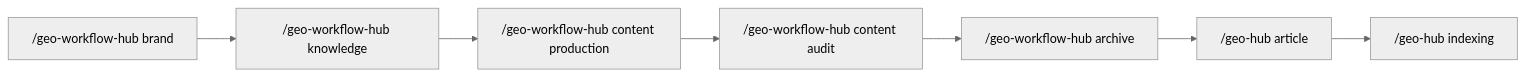
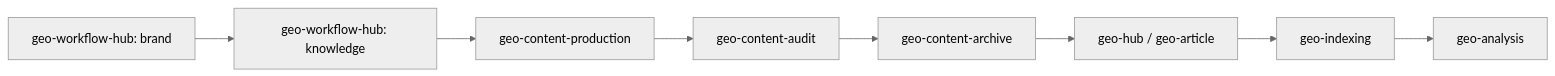
The diagram in README.md (chenshuke/geo-skills), drawn with Mermaid (neutral theme) before and after one commit. The commit also changed other lines of this file and 31 other files, not shown here.

````diff
--- a/README.md
+++ b/README.md
@@ -9,9 +127,10 @@
 ```mermaid
 graph LR
-    A["/geo-workflow-hub brand"] --> B["/geo-workflow-hub knowledge"]
-    B --> C["/geo-workflow-hub content production"]
-    C --> C2["/geo-workflow-hub content audit"]
-    C2 --> C3["/geo-workflow-hub archive"]
-    C3 --> D["/geo-hub article"]
-    D --> E["/geo-hub indexing"]
+    A[geo-workflow-hub: brand] --> B[geo-workflow-hub: knowledge]
+    B --> C[geo-content-production]
+    C --> D[geo-content-audit]
+    D --> E[geo-content-archive]
+    E --> F[geo-hub / geo-article]
+    F --> G[geo-indexing]
+    G --> H[geo-analysis]
 ```
````
